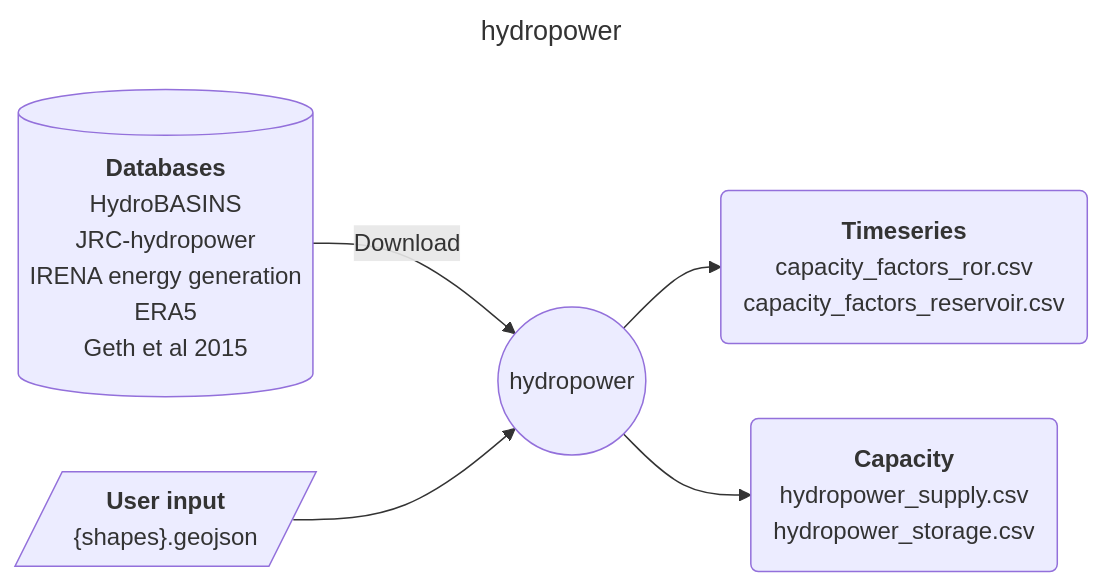
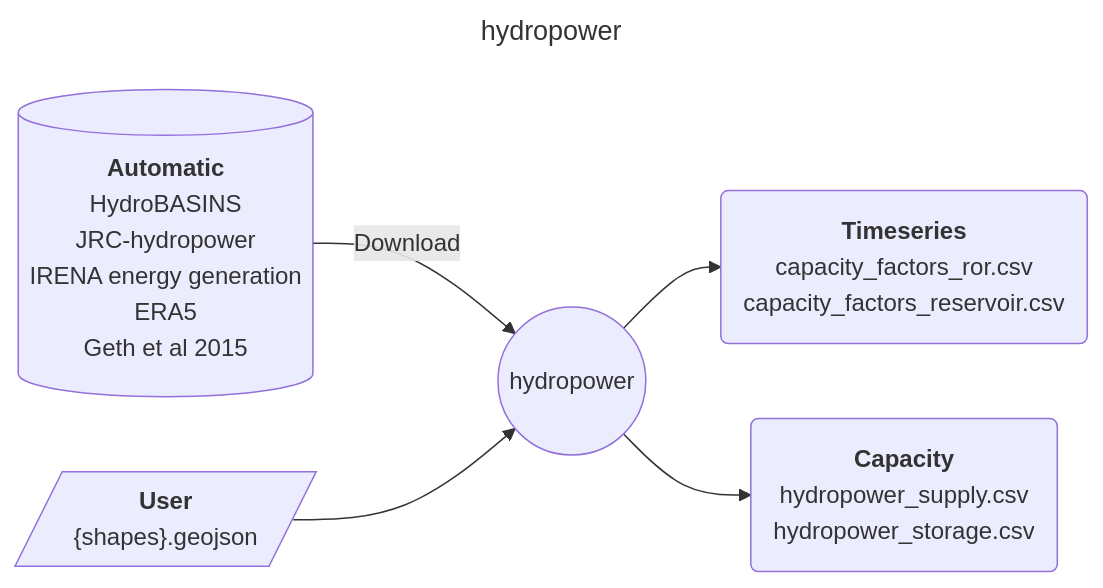
Before and after one commit to calliope-project/ec_modules: the diagram in modules/hydropower/README.md, drawn with Mermaid. The commit also changed other lines of this file and 14 other files, not shown here.

Commit message:
Separate resources into user and automatic.

````diff
--- a/modules/hydropower/README.md
+++ b/modules/hydropower/README.md
@@ -9,24 +9,24 @@
 ```mermaid
 ---
 title: hydropower
 ---
 flowchart LR
-    D1[("`**Databases**
+    D1[("`**Automatic**
         HydroBASINS
         JRC-hydropower
         IRENA energy generation
         ERA5
         Geth et al 2015
     `")] --> |Download| M
-    C1[/"`**User input**
+    C1[/"`**User**
         {shapes}.geojson
     `"/] --> M((hydropower))
     M --> O1("`**Timeseries**
         capacity_factors_ror.csv
         capacity_factors_reservoir.csv
         `")
     M --> O2("`**Capacity**
         hydropower_supply.csv
         hydropower_storage.csv
         `")
 ```
````
